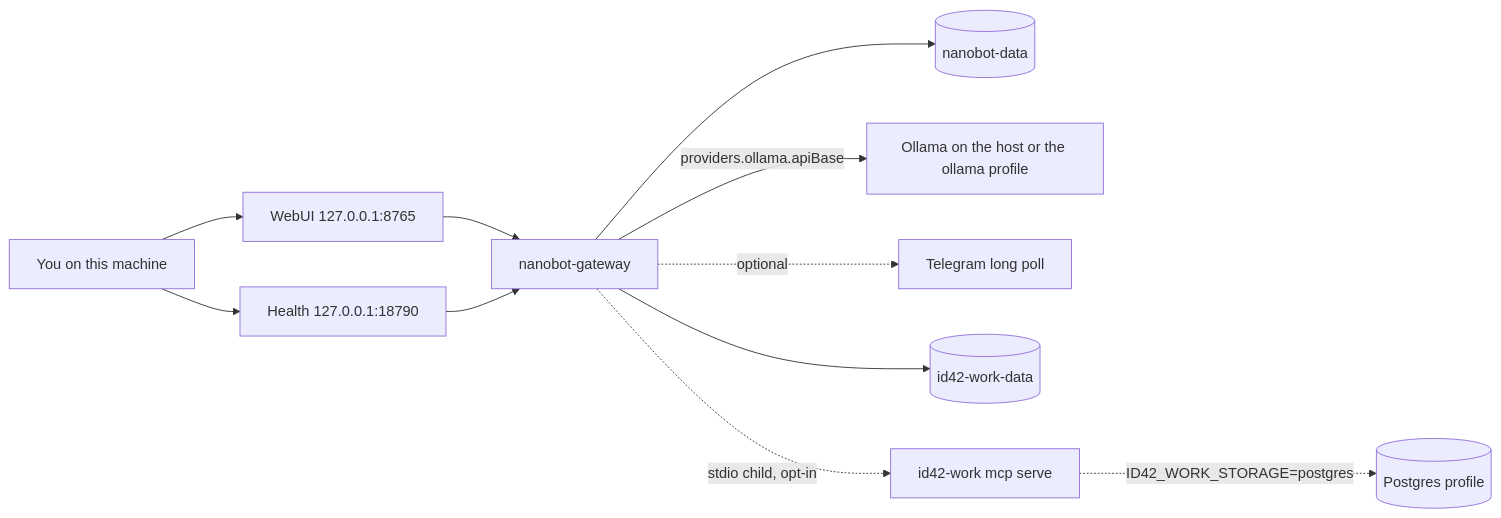
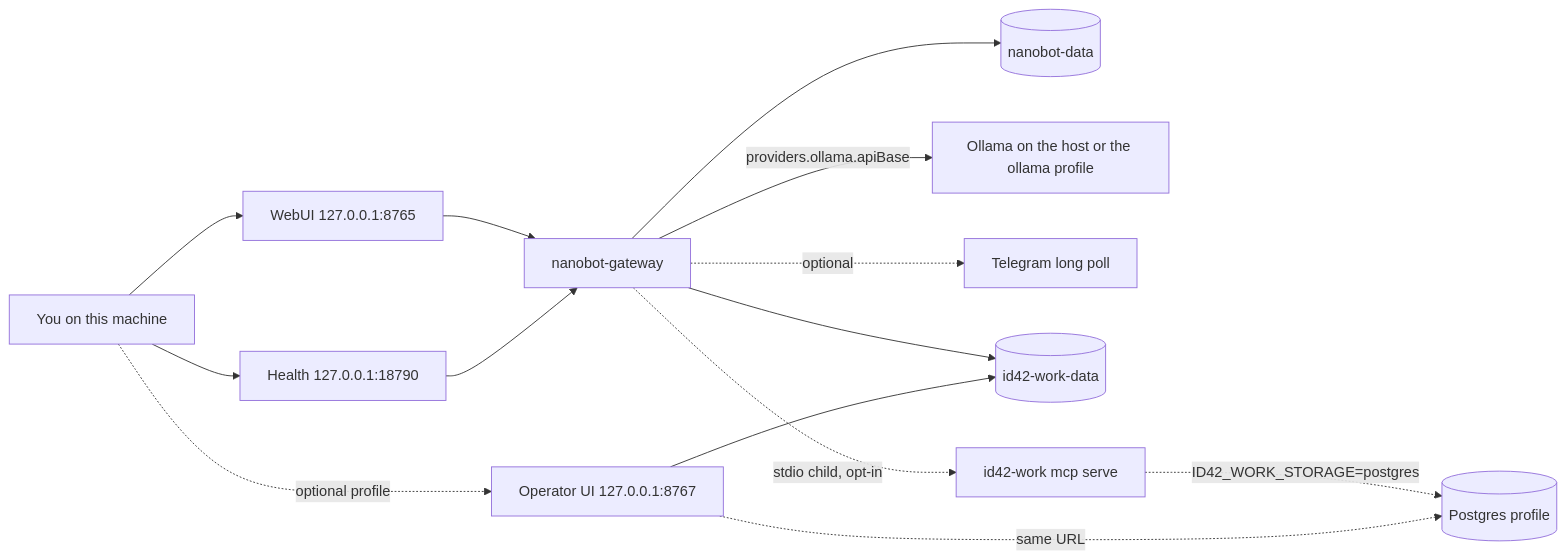
The diagram in docs/architecture.md (ID42Studio/id42-agent), drawn with Mermaid before and after one commit. The commit also changed other lines of this file and 17 other files, not shown here.

First line of the commit message:
Add the optional id42-work operator UI.

````diff
--- a/docs/architecture.md
+++ b/docs/architecture.md
@@ -3,21 +3,24 @@
 ```mermaid
 flowchart LR
   user[You on this machine]
   web[WebUI 127.0.0.1:8765]
   health[Health 127.0.0.1:18790]
   gateway[nanobot-gateway]
   volume[(nanobot-data)]
   ollama[Ollama on the host or the ollama profile]
   telegram[Telegram long poll]
 
   user --> web
   user --> health
   web --> gateway
   health --> gateway
   gateway --> volume
   gateway --> workvol[(id42-work-data)]
   gateway -->|"providers.ollama.apiBase"| ollama
   gateway -.->|optional| telegram
   gateway -.->|"stdio child, opt-in"| work["id42-work mcp serve"]
+  user -.->|"optional profile"| workui["Operator UI 127.0.0.1:8767"]
+  workui --> workvol
   work -.->|"ID42_WORK_STORAGE=postgres"| pg[(Postgres profile)]
+  workui -.->|"same URL"| pg
 ```
````
